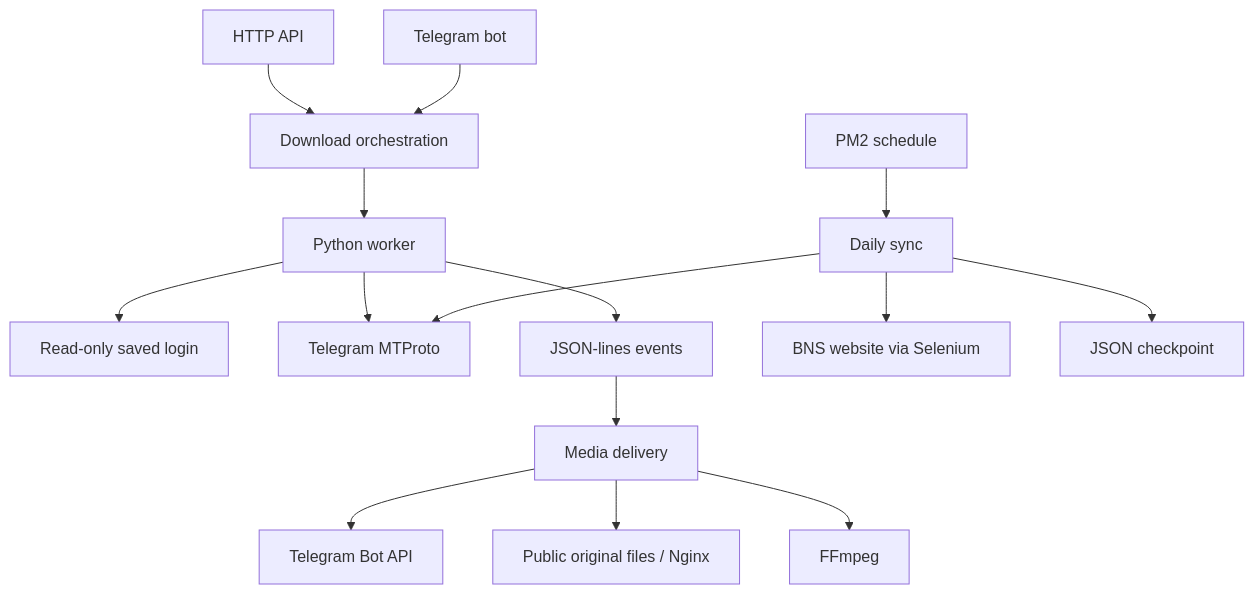
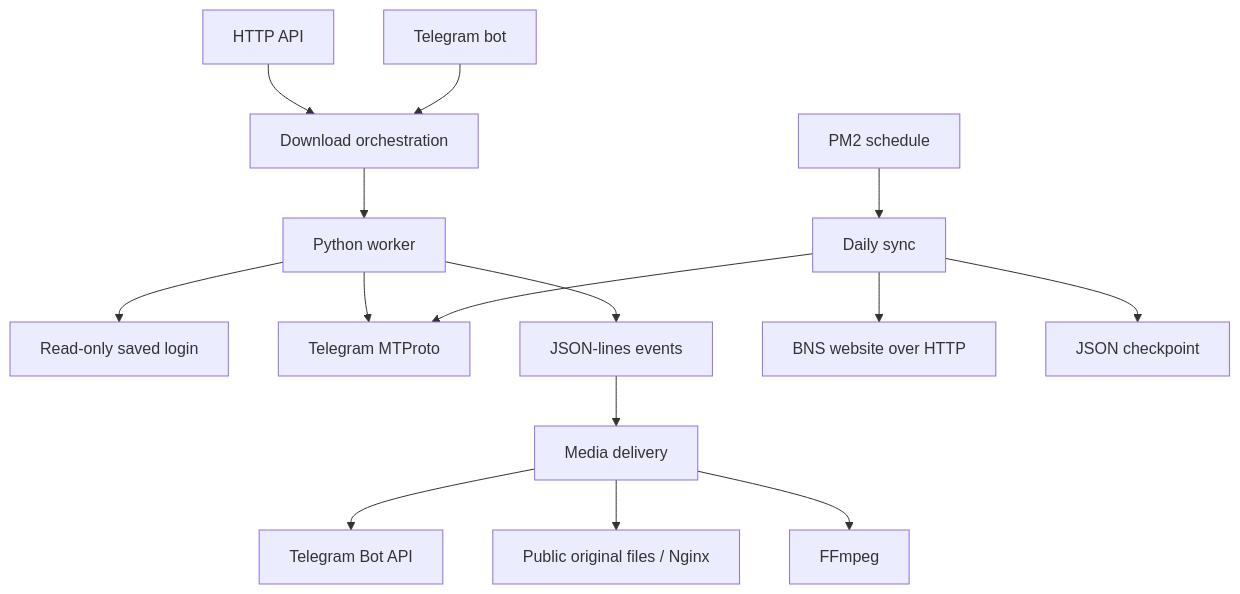
The diagram in docs/architecture.md (Spirit4449/MediaGrabber), drawn with Mermaid before and after one commit. The commit also changed 11 other files, not shown here.

First line of the commit message:
Upload recordings over HTTP; drop Selenium and Chrome

````diff
--- a/docs/architecture.md
+++ b/docs/architecture.md
@@ -7,17 +7,17 @@
 ```mermaid
 flowchart TD
     API[HTTP API] --> Flow[Download orchestration]
     Bot[Telegram bot] --> Flow
     Flow --> Worker[Python worker]
     Worker --> Session[Read-only saved login]
     Worker --> Telegram[Telegram MTProto]
     Worker --> Events[JSON-lines events]
     Events --> Delivery[Media delivery]
     Delivery --> BotAPI[Telegram Bot API]
     Delivery --> Originals[Public original files / Nginx]
     Delivery --> Compression[FFmpeg]
     PM2[PM2 schedule] --> Sync[Daily sync]
     Sync --> Telegram
-    Sync --> Website[BNS website via Selenium]
+    Sync --> Website[BNS website over HTTP]
     Sync --> State[JSON checkpoint]
 ```
````
